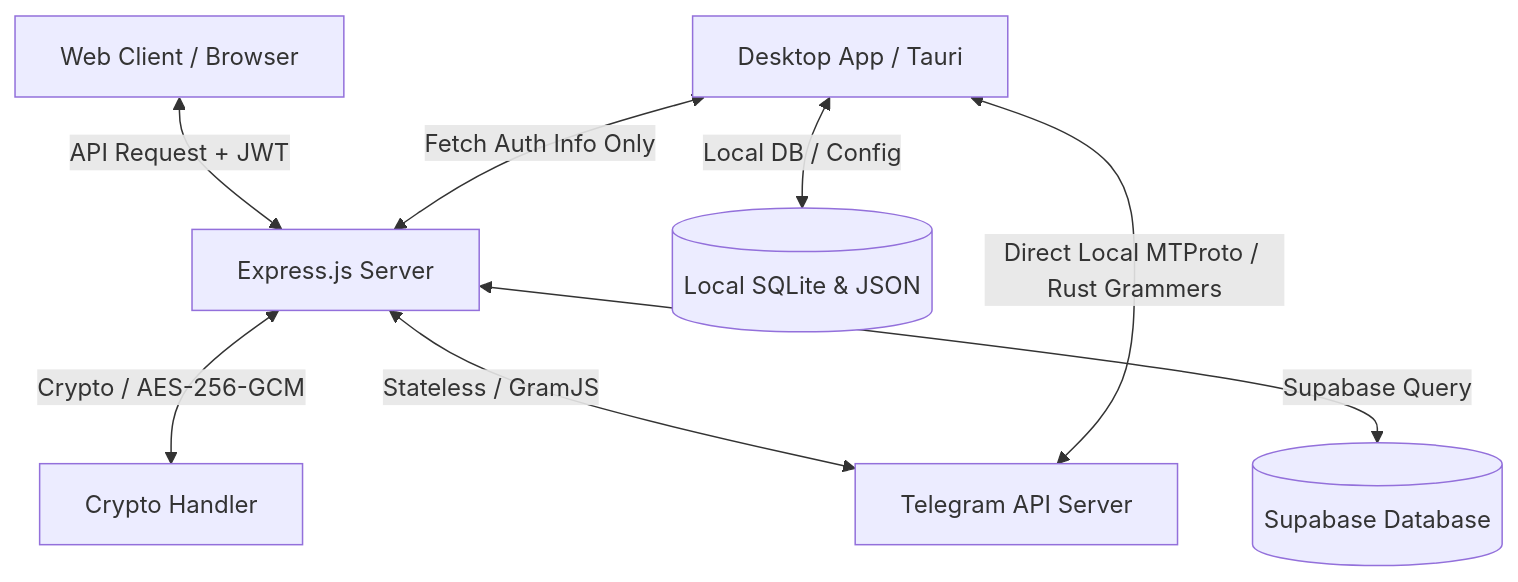
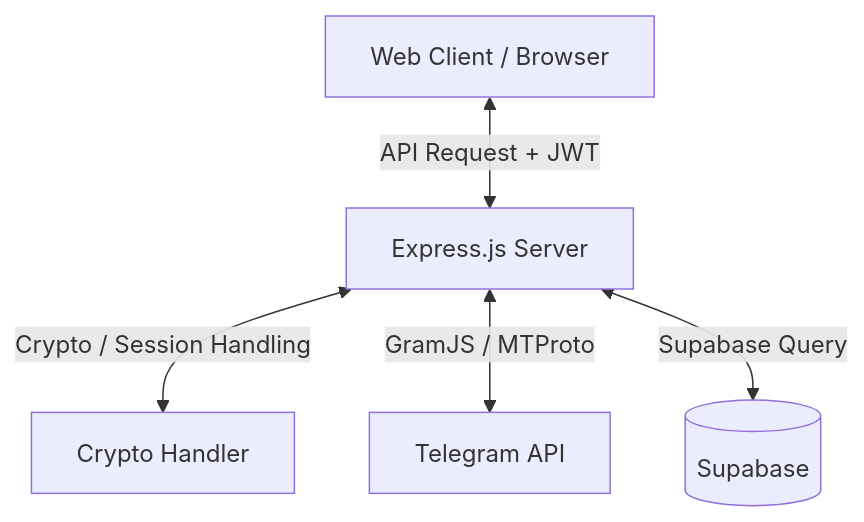
Before and after one commit to salsabilofficial/teledrive: the diagram in docs/README.md, drawn with Mermaid. The commit also changed other lines of this file and 20 other files, not shown here.

````diff
--- a/docs/README.md
+++ b/docs/README.md
@@ -18,13 +31,7 @@
 ```mermaid
 graph TD
-    %% Web Architecture
     Browser[Web Client / Browser] <-->|API Request + JWT| Express[Express.js Server]
-    Express <-->|Crypto / AES-256-GCM| Crypt[Crypto Handler]
-    Express <-->|Stateless / GramJS| Telegram[Telegram API Server]
-    Express <-->|Supabase Query| Supabase[(Supabase Database)]
-
-    %% Desktop Architecture
-    Desktop[Desktop App / Tauri] <-->|Fetch Auth Info Only| Express
-    Desktop <-->|Direct Local MTProto / Rust Grammers| Telegram
-    Desktop <-->|Local DB / Config| SQLite[(Local SQLite & JSON)]
+    Express <-->|Crypto / Session Handling| Crypt[Crypto Handler]
+    Express <-->|GramJS / MTProto| Telegram[Telegram API]
+    Express <-->|Supabase Query| Supabase[(Supabase)]
 ```
````
